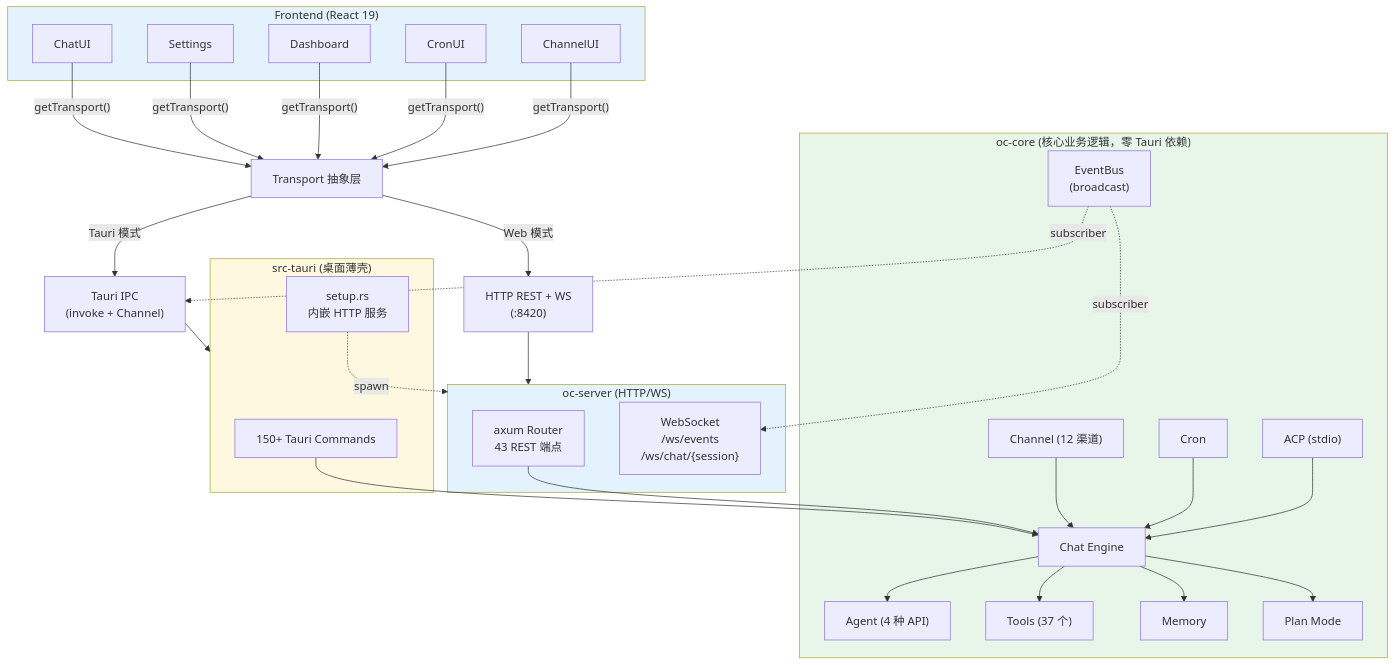
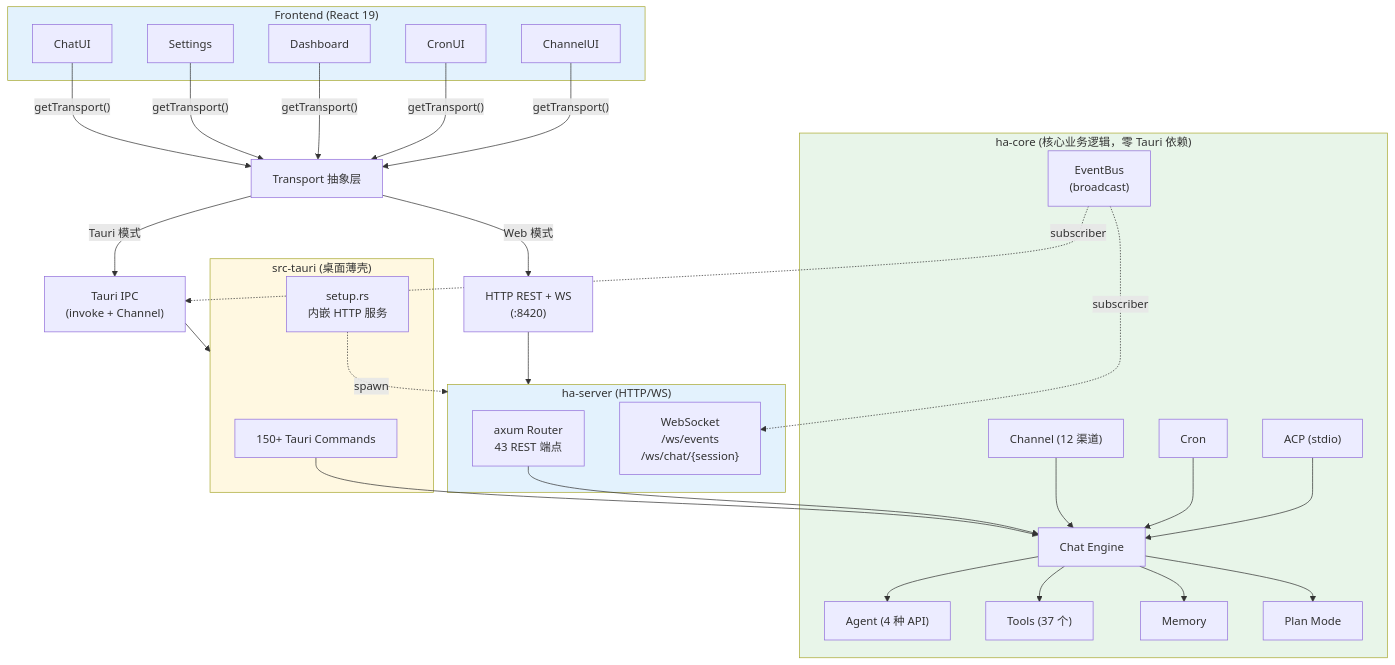
One commit to shiwenwen/hope-agent changed the first of 4 diagrams in docs/architecture/overview.md. Above: the diagram before and after it, drawn with Mermaid. The commit also changed other lines of this file and 727 other files, not shown here.

````diff
--- a/docs/architecture/overview.md
+++ b/docs/architecture/overview.md
@@ -26,53 +26,53 @@
 ```mermaid
 graph TD
     subgraph Frontend["Frontend (React 19)"]
         ChatUI["ChatUI"]
         Settings["Settings"]
         Dashboard_UI["Dashboard"]
         CronUI["CronUI"]
         ChannelUI["ChannelUI"]
     end
 
     ChatUI & Settings & Dashboard_UI & CronUI & ChannelUI -->|"getTransport()"| Transport["Transport 抽象层"]
 
     Transport -->|"Tauri 模式"| IPC["Tauri IPC<br/>(invoke + Channel)"]
     Transport -->|"Web 模式"| HTTP["HTTP REST + WS<br/>(:8420)"]
 
     IPC --> TauriShell
     HTTP --> OcServer
 
     subgraph TauriShell["src-tauri (桌面薄壳)"]
         Commands["150+ Tauri Commands"]
         TauriSetup["setup.rs<br/>内嵌 HTTP 服务"]
     end
 
-    subgraph OcServer["oc-server (HTTP/WS)"]
+    subgraph OcServer["ha-server (HTTP/WS)"]
         Router["axum Router<br/>43 REST 端点"]
         WSHandler["WebSocket<br/>/ws/events<br/>/ws/chat/{session}"]
     end
 
     Commands --> ChatEngine
     Router --> ChatEngine
     TauriSetup -.->|"spawn"| OcServer
 
-    subgraph OcCore["oc-core (核心业务逻辑，零 Tauri 依赖)"]
+    subgraph OcCore["ha-core (核心业务逻辑，零 Tauri 依赖)"]
         ChatEngine["Chat Engine"]
         ChatEngine --> Agent["Agent (4 种 API)"]
         ChatEngine --> Tools["Tools (37 个)"]
         ChatEngine --> Memory["Memory"]
         ChatEngine --> PlanMode["Plan Mode"]
         EventBus["EventBus<br/>(broadcast)"]
         Channel["Channel (12 渠道)"]
         Cron["Cron"]
         ACP["ACP (stdio)"]
         Channel & Cron & ACP --> ChatEngine
     end
 
     EventBus -.->|"subscriber"| IPC
     EventBus -.->|"subscriber"| WSHandler
 
     style Frontend fill:#e3f2fd
     style OcCore fill:#e8f5e9
     style OcServer fill:#e3f2fd
     style TauriShell fill:#fff8e1
 ```
````
